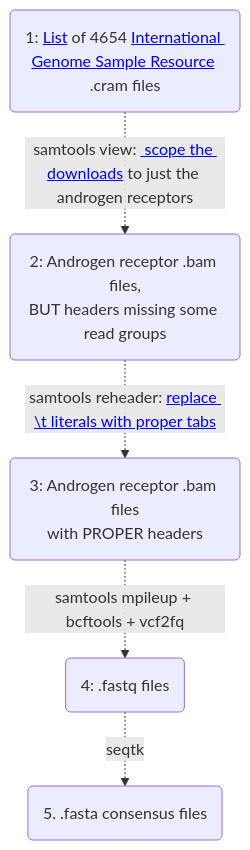
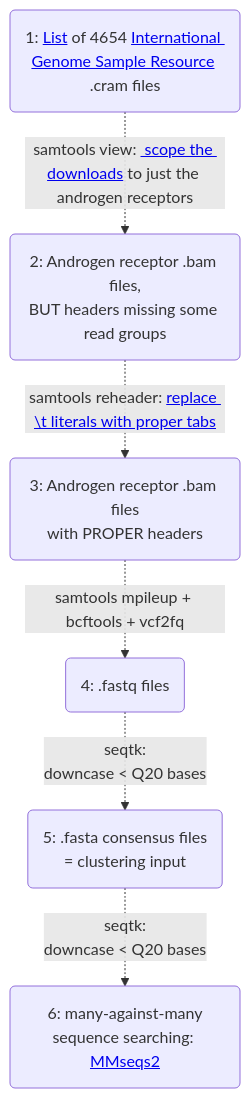
The first of 5 diagrams in README.md (engelanna/androgen-receptor-clusters-world-map), drawn with Mermaid before and after one commit. The commit also changed other lines of this file, not shown here.

````diff
--- a/README.md
+++ b/README.md
@@ -29,11 +33,12 @@
 ```mermaid
 graph TD
     A(1: <a href='https://github.com/engelanna/androgen-receptor-clustering/blob/main/assets/txt/download_bam_files_input_urls.txt'>List</a> of 4654 <a href='https://www.internationalgenome.org/'>International Genome Sample Resource</a> .cram files) -.->|samtools view: <a href='https://github.com/engelanna/androgen-receptor-clustering/blob/main/scripts/_010_download_bam_files.py#L20'> scope the downloads</a> to just the androgen receptors| B
 
     B(2: Androgen receptor .bam files,<br>BUT headers missing some read groups) -.-> | samtools reheader: <a href='https://github.com/engelanna/androgen-receptor-clustering/blob/main/scripts/_015_reheader_bam_files_with_proper_tabs.py#L23'>replace \t literals with proper tabs</a>| C
     
     C(3: Androgen receptor .bam files<br>with PROPER headers) -.->|samtools mpileup + bcftools + vcf2fq|D
     
-    D(4: .fastq files) -.->|seqtk| E
-    E(5. .fasta consensus files)
+    D(4: .fastq files) -.->|seqtk:<br>downcase < Q20 bases| E(5: .fasta consensus files<br>= clustering input)
+
+    E -.->|seqtk:<br>downcase < Q20 bases| F(6: many-against-many<br>sequence searching: <a href='https://github.com/soedinglab/MMseqs2'>MMseqs2</a>)
 ```
````
